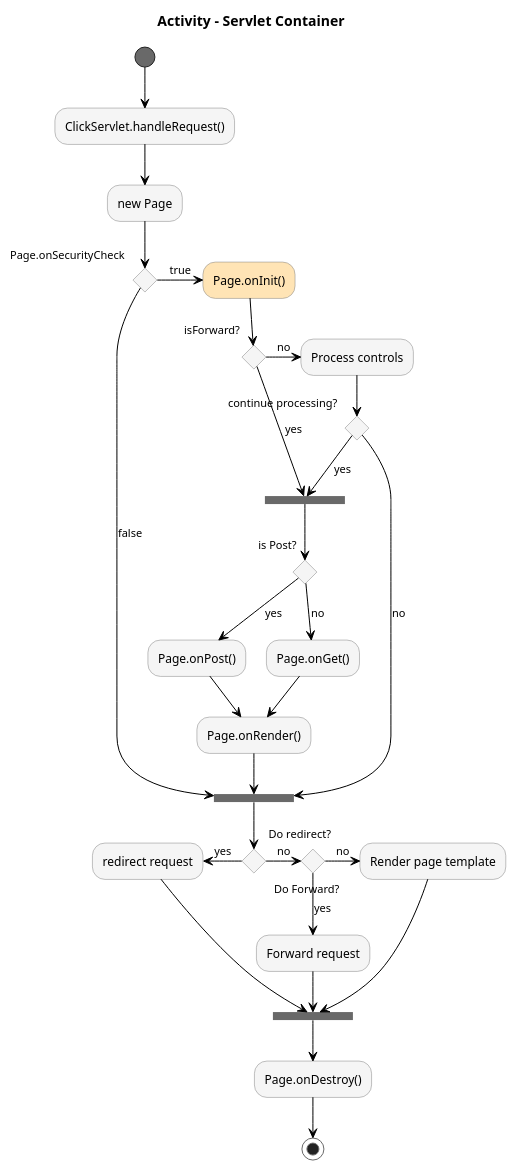
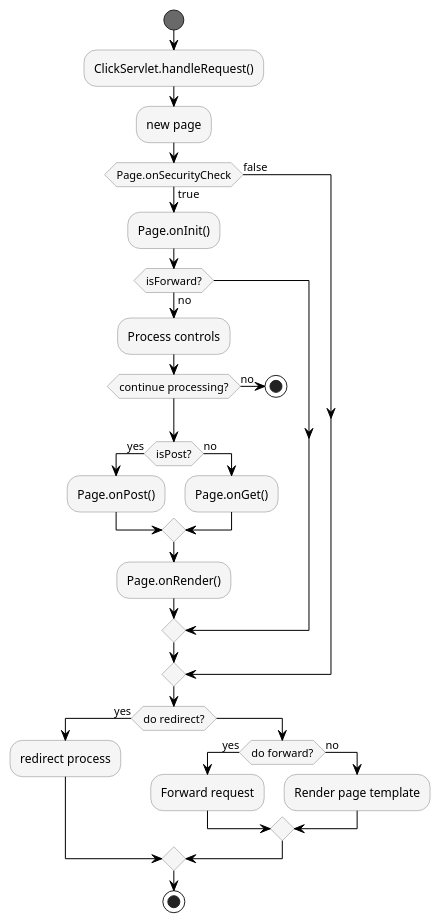
One commit to dadabobo/docs changed the diagram in markdown/scriptgraphs/pu-activity.puml. Above: the diagram before and after it, drawn with PlantUML. The commit also changed 2 other files, not shown here.

```diff
--- a/markdown/scriptgraphs/pu-activity.puml
+++ b/markdown/scriptgraphs/pu-activity.puml
@@ -1,61 +1,43 @@
 @startuml
 skinparam activity {
   ArrowColor black 
   BackgroundColor WhiteSmoke
   BorderColor Gray
   StartColor DimGray
   EndColor DimGray
   BarColor DimGray
 }
 
-title Activity - Servlet Container
-
-(*) --> "ClickServlet.handleRequest()"
---> "new Page"
-
-if "Page.onSecurityCheck" then
-  ->[true] "Page.onInit()" #Moccasin
-
-  if "isForward?" then
-   ->[no] "Process controls"
-
-   if "continue processing?" then
-     -->[yes] ===RENDERING===
-   else
-     -->[no] ===REDIRECT_CHECK===
-   endif
-
-  else
-   -->[yes] ===RENDERING===
-  endif
-
-  if "is Post?" then
-    -->[yes] "Page.onPost()"
-    --> "Page.onRender()" as render
-    --> ===REDIRECT_CHECK===
-  else
-    -->[no] "Page.onGet()"
-    --> render
-  endif
-
-else
-  -->[false] ===REDIRECT_CHECK===
+start
+:ClickServlet.handleRequest();
+:new page;
+if (Page.onSecurityCheck) then (true)
+:Page.onInit();
+if (isForward?) then (no)
+:Process controls;
+if (continue processing?) then (no)
+stop
 endif
 
-if "Do redirect?" then
- -left->[yes] "redirect request"
- --> ==BEFORE_DESTROY===
-else
- -right->[no] if "Do Forward?" then
-  -->[yes] "Forward request"
-  --> ==BEFORE_DESTROY===
- else
-  -right->[no] "Render page template"
-  ---> ==BEFORE_DESTROY===
- endif
+if (isPost?) then (yes)
+:Page.onPost();
+else (no)
+:Page.onGet();
+endif
+:Page.onRender();
+endif
+else (false)
 endif
 
---> "Page.onDestroy()"
--->(*)
+if (do redirect?) then (yes)
+:redirect process;
+else
+if (do forward?) then (yes)
+:Forward request;
+else (no)
+:Render page template;
+endif
+endif
 
+stop
 @enduml
```
